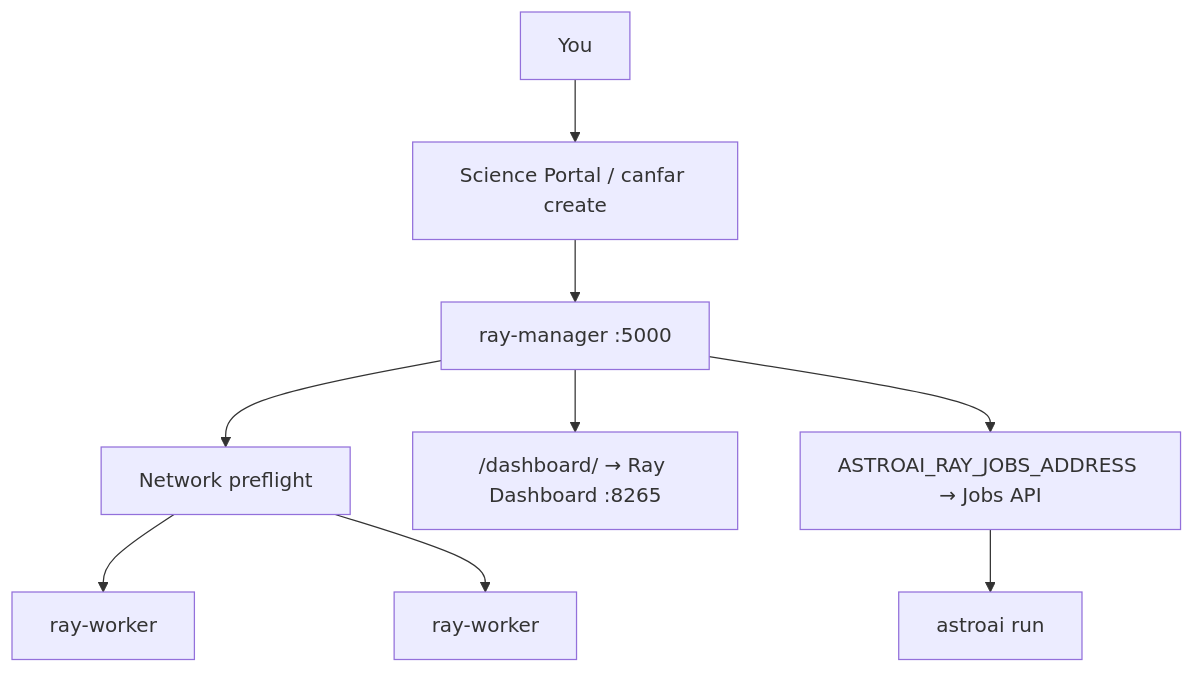
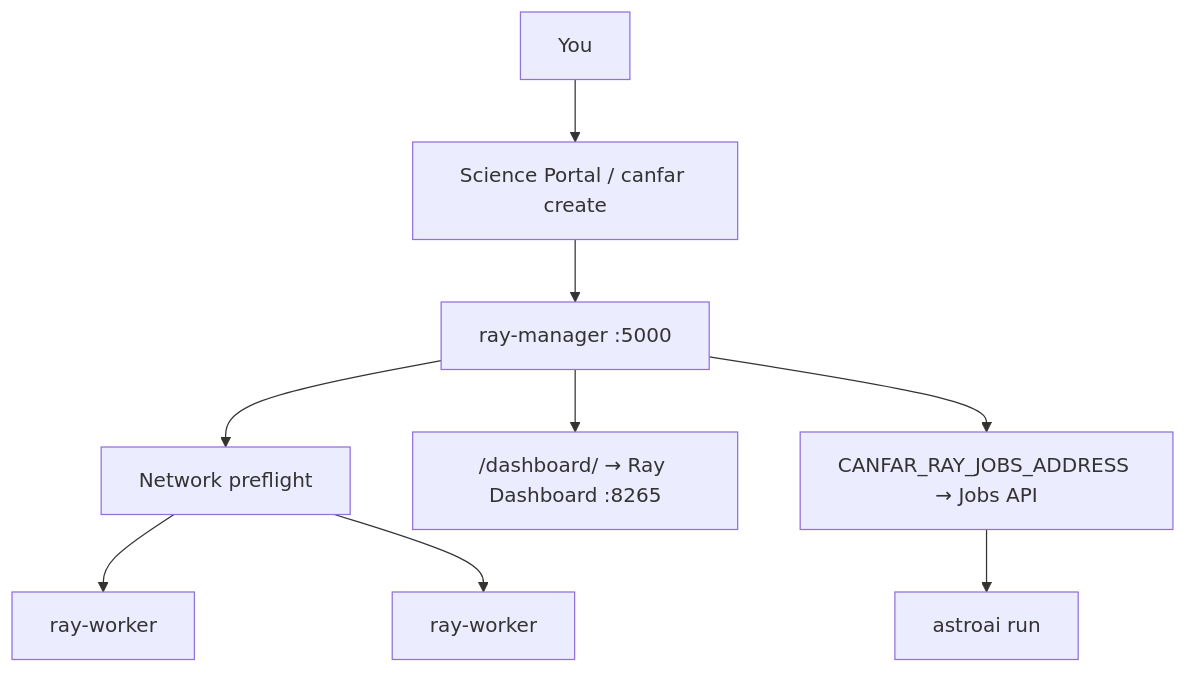
One commit to astroai/canfar-containers changed the first of 2 diagrams in docs/RAY.md. Above: the diagram before and after it, drawn with Mermaid. The commit also changed other lines of this file and 15 other files, not shown here.

````diff
--- a/docs/RAY.md
+++ b/docs/RAY.md
@@ -8,11 +8,11 @@
 ```mermaid
 flowchart TB
   User[You] --> Portal["Science Portal / canfar create"]
   Portal --> Mgr["ray-manager :5000"]
   Mgr --> Pref[Network preflight]
   Pref --> W1[ray-worker]
   Pref --> W2[ray-worker]
   Mgr --> Dash["/dashboard/ → Ray Dashboard :8265"]
-  Mgr --> Jobs["ASTROAI_RAY_JOBS_ADDRESS → Jobs API"]
+  Mgr --> Jobs["CANFAR_RAY_JOBS_ADDRESS → Jobs API"]
   Jobs --> Run["astroai run"]
 ```
````
